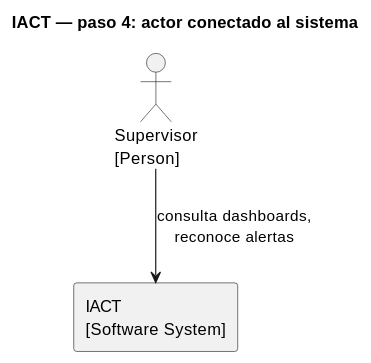
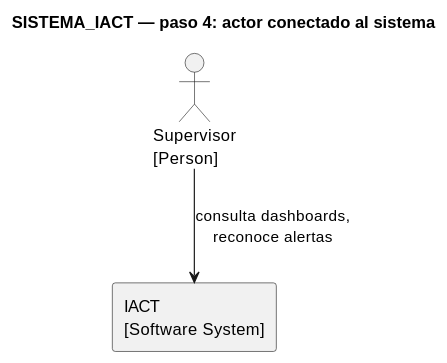
The first of 2 diagrams in source/requisitos/_metodologia-aplicacion/diagramas-componentes/construccion-incremental-iact-continuacion.rst (jcg-admin/IACT-docs), drawn with PlantUML before and after one commit. The commit also changed other lines of this file and 99 other files, not shown here.

First line of the commit message:
Fix ABREV_CORTA aliases in PlantUML blocks (97 files)

```diff
--- a/source/requisitos/_metodologia-aplicacion/diagramas-componentes/construccion-incremental-iact-continuacion.rst
+++ b/source/requisitos/_metodologia-aplicacion/diagramas-componentes/construccion-incremental-iact-continuacion.rst
@@ -7,10 +7,10 @@
 .. uml::
 
    @startuml
-   title IACT — paso 4: actor conectado al sistema
+   title SISTEMA_IACT — paso 4: actor conectado al sistema
 
    actor "Supervisor\n[Person]" as Supervisor
-   rectangle "IACT\n[Software System]" as IACT
+   rectangle "IACT\n[Software System]" as SISTEMA_IACT
 
-   Supervisor --> IACT : consulta dashboards,\nreconoce alertas
+   Supervisor --> SISTEMA_IACT : consulta dashboards,\nreconoce alertas
    @enduml
```
